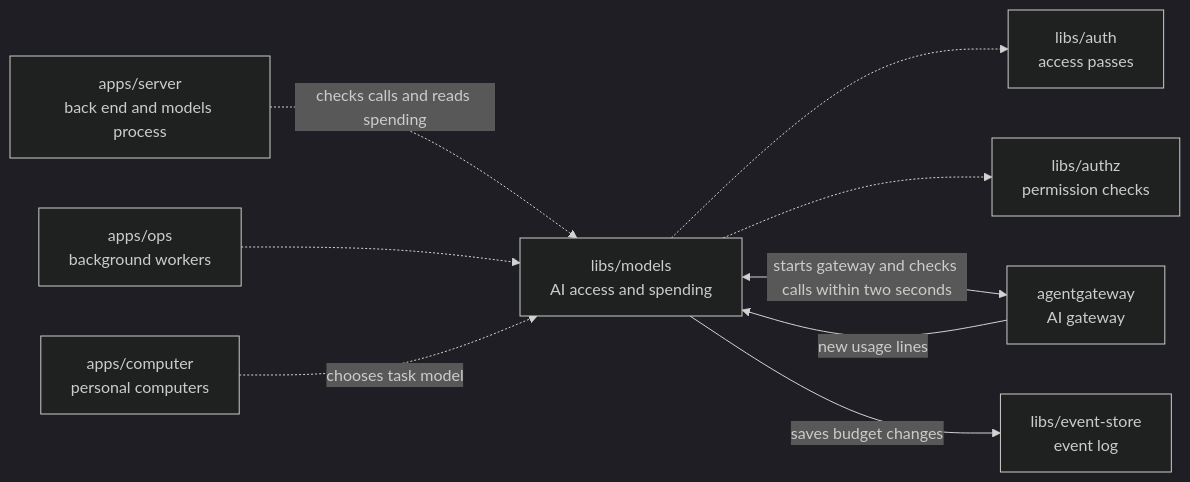
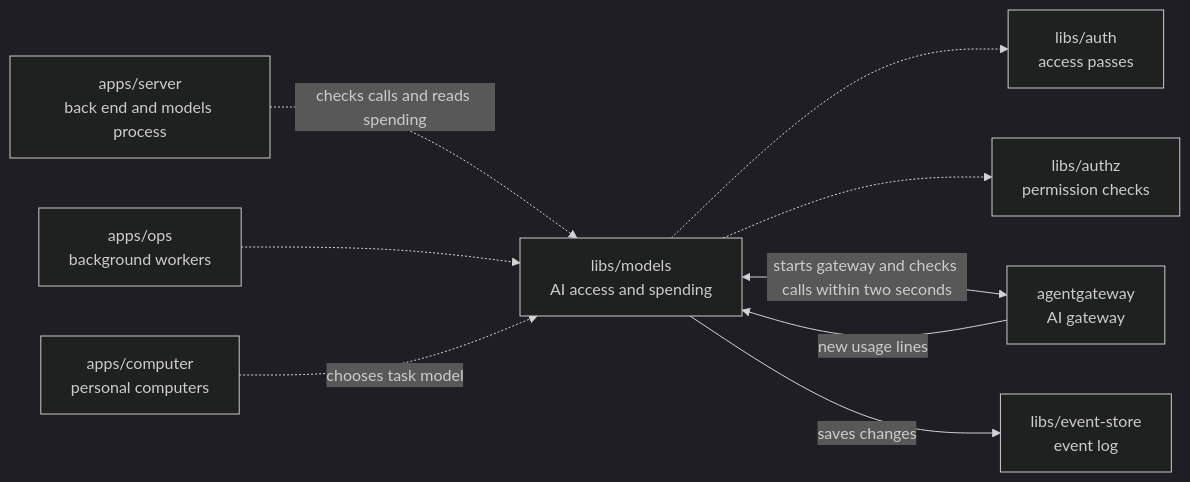
The diagram in libs/models/README.md (elewa-git/opencrane-new), drawn with Mermaid (dark theme) before and after one commit. The commit also changed other lines of this file and 20 other files, not shown here.

````diff
--- a/libs/models/README.md
+++ b/libs/models/README.md
@@ -11,11 +11,11 @@
 ```mermaid
 flowchart LR
   server["apps/server<br/>back end and models process"] -.->|checks calls and reads spending| models["libs/models<br/>AI access and spending"]
   ops["apps/ops<br/>background workers"] -.-> models
   computer["apps/computer<br/>personal computers"] -.->|chooses task model| models
   models -.-> auth["libs/auth<br/>access passes"]
   models -.-> authz["libs/authz<br/>permission checks"]
   models <-->|starts gateway and checks calls within two seconds| gateway["agentgateway<br/>AI gateway"]
   gateway -->|new usage lines| models
-  models -->|saves budget changes| store["libs/event-store<br/>event log"]
+  models -->|saves changes| store["libs/event-store<br/>event log"]
 ```
````
